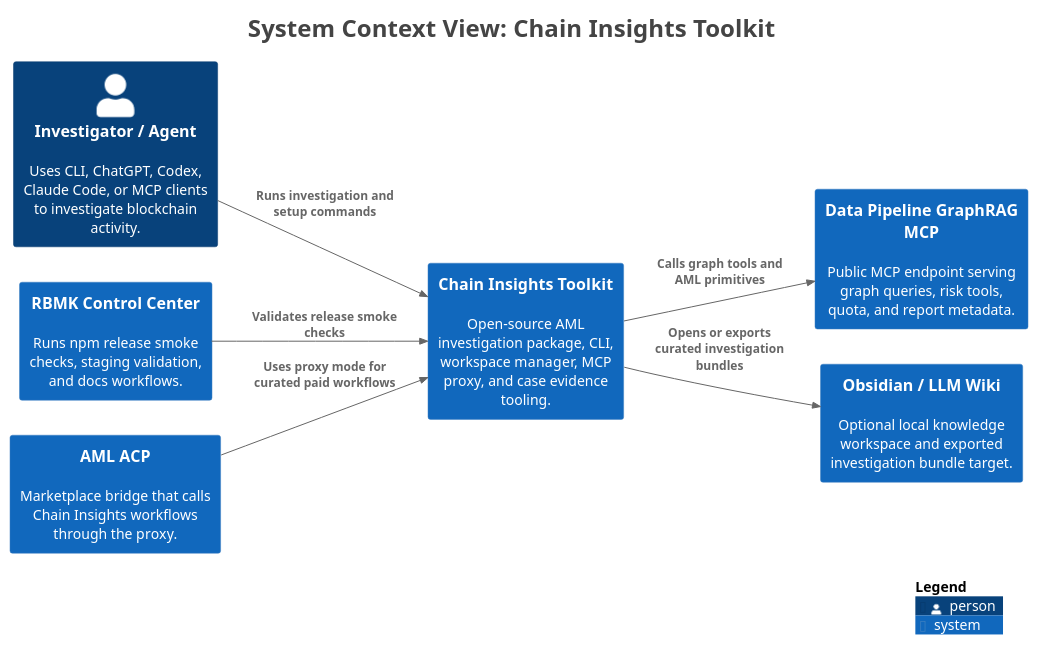
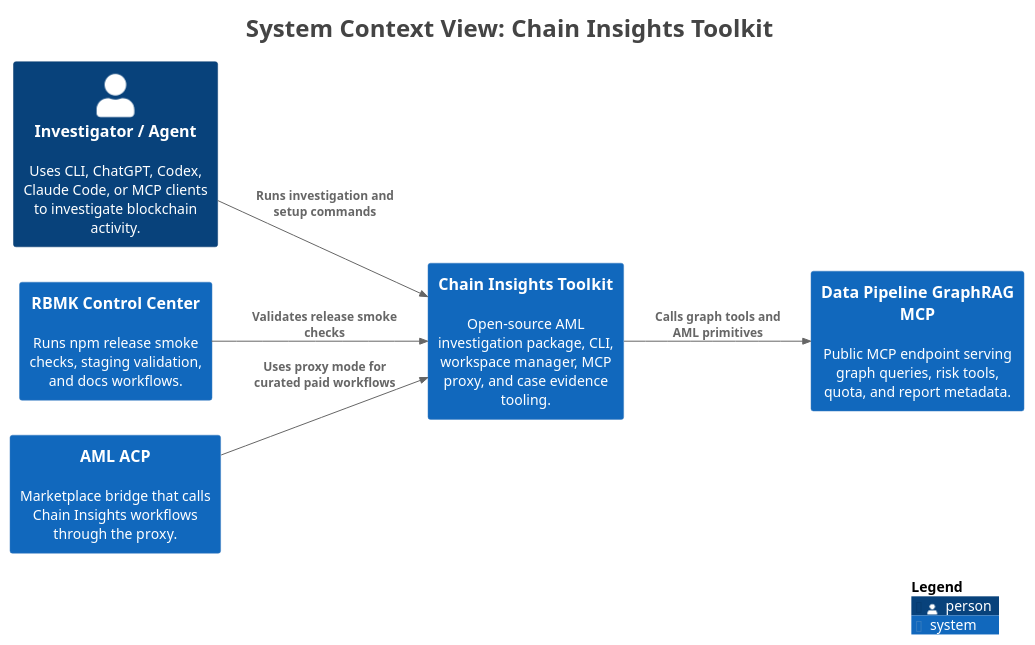
The diagram in docs/architecture/diagrams/rendered/global/structurizr-chain-insights-context.puml (chainswarm/chain-insights), drawn with PlantUML before and after one commit. The commit also changed 32 other files, not shown here.

```diff
--- a/docs/architecture/diagrams/rendered/global/structurizr-chain-insights-context.puml
+++ b/docs/architecture/diagrams/rendered/global/structurizr-chain-insights-context.puml
@@ -1,32 +1,30 @@
 @startuml
 title <size:24>System Context View: Chain Insights Toolkit</size>
 
 set separator none
 left to right direction
 
 <style>
   root {
     BackgroundColor: #ffffff
     FontColor: #444444
   }
 </style>
 
 !include <C4/C4>
 !include <C4/C4_Context>
 
 Person(InvestigatorAgent, "Investigator / Agent", $descr="Uses CLI, ChatGPT, Codex, Claude Code, or MCP clients to investigate blockchain activity.", $tags="", $link="")
 System(RBMKControlCenter, "RBMK Control Center", $descr="Runs npm release smoke checks, staging validation, and docs workflows.", $tags="", $link="")
 System(DataPipelineGraphRAGMCP, "Data Pipeline GraphRAG MCP", $descr="Public MCP endpoint serving graph queries, risk tools, quota, and report metadata.", $tags="", $link="")
 System(AMLACP, "AML ACP", $descr="Marketplace bridge that calls Chain Insights workflows through the proxy.", $tags="", $link="")
-System(ObsidianLLMWiki, "Obsidian / LLM Wiki", $descr="Optional local knowledge workspace and exported investigation bundle target.", $tags="", $link="")
 System(ChainInsightsToolkit, "Chain Insights Toolkit", $descr="Open-source AML investigation package, CLI, workspace manager, MCP proxy, and case evidence tooling.", $tags="", $link="")
 
 Rel(InvestigatorAgent, ChainInsightsToolkit, "Runs investigation and setup commands", $techn="", $tags="", $link="")
 Rel(RBMKControlCenter, ChainInsightsToolkit, "Validates release smoke checks", $techn="", $tags="", $link="")
 Rel(AMLACP, ChainInsightsToolkit, "Uses proxy mode for curated paid workflows", $techn="", $tags="", $link="")
 Rel(ChainInsightsToolkit, DataPipelineGraphRAGMCP, "Calls graph tools and AML primitives", $techn="", $tags="", $link="")
-Rel(ChainInsightsToolkit, ObsidianLLMWiki, "Opens or exports curated investigation bundles", $techn="", $tags="", $link="")
 
 SHOW_LEGEND(true)
 hide stereotypes
 @enduml
```
